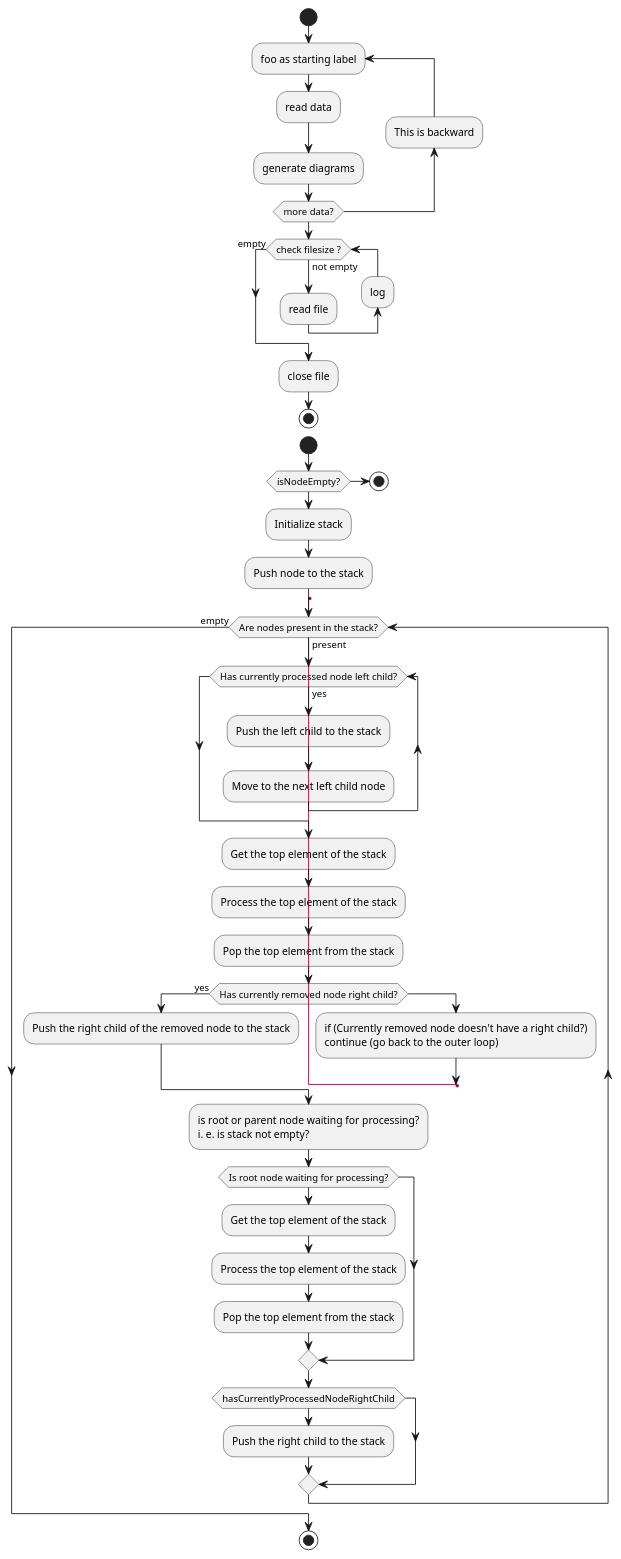
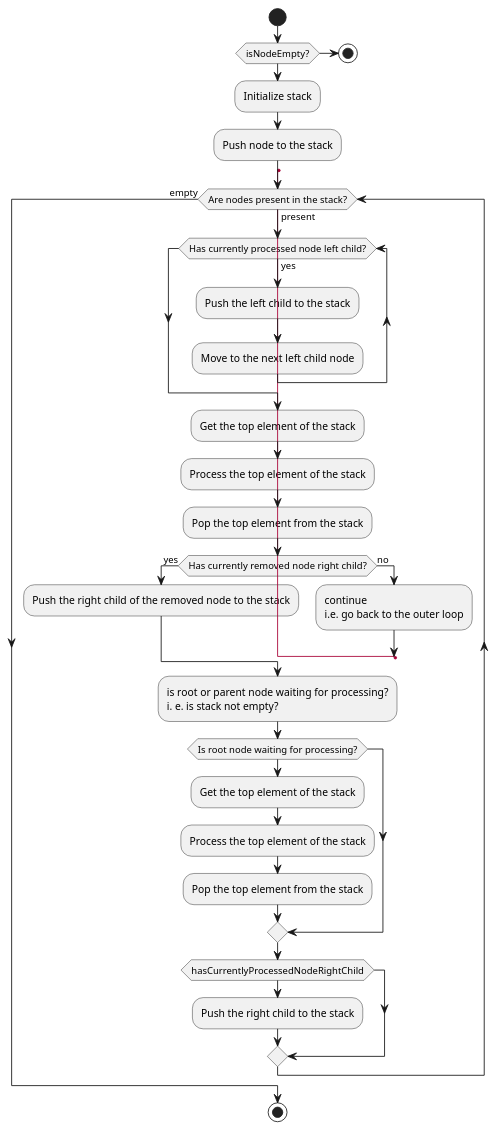
One commit to kyberdrb/CLionProjects changed the diagram in binary_search_tree/bst-inorder_traversal-iterative.puml. Above: the diagram before and after it, drawn with PlantUML.

Commit message:
Binary Search Tree: clean up activity diagram for in-order traversal

```diff
--- a/binary_search_tree/bst-inorder_traversal-iterative.puml
+++ b/binary_search_tree/bst-inorder_traversal-iterative.puml
@@ -1,86 +1,42 @@
 @startuml
 'https://plantuml.com/activity-diagram-beta
-
-
-start
-repeat :foo as starting label;
-  :read data;
-  :generate diagrams;
-backward:This is backward;
-repeat while (more data?)
-
-while (check filesize ?) is (not empty)
-  :read file;
-  backward:log;
-endwhile (empty)
-:close file;
-
-stop
 
 start
 if (isNodeEmpty?) then
   stop
 else
   :Initialize stack;
   :Push node to the stack;
 
   label outerLoop
-  'while (Are nodes present in the stack?)
-  'repeat
   while (Are nodes present in the stack?) is (present)
-  'repeat :inlineOuterLoopLabel;
-    'label outerLoop
     while (Has currently processed node left child?) is (yes)
       :Push the left child to the stack;
       :Move to the next left child node;
     end while
 
     :Get the top element of the stack;
     :Process the top element of the stack;
     :Pop the top element from the stack;
 
     if (Has currently removed node right child?) then (yes)
       :Push the right child of the removed node to the stack;
-      ':continue\n(go back to the outer loop);
-      ':continue;
-      '-->[left] continue;
-      ':continue;
-      ':continue loop
-      'goto outerLoop;
-      'backward:return;
-      'backward:continue;
-      'backward:log;
-      'goto outerLoop
-    else
-      :if (Currently removed node doesn't have a right child?)\ncontinue (go back to the outer loop);
+    else (no)
+      :continue\ni.e. go back to the outer loop;
       goto outerLoop
-
-      'goto continueFromOuterLoop
-      'goto inlineOuterLoopLabel
-      'goto foo
-      'goto backwardOuterLoopAfter
     endif
-
-    'backward:if (Currently removed node doesn't have a right child?)\ncontinue (go back to the outer loop);
-    'label backwardOuterLoopAfter
 
     :is root or parent node waiting for processing?\ni. e. is stack not empty?;
     if (Is root node waiting for processing?)
       :Get the top element of the stack;
       :Process the top element of the stack;
       :Pop the top element from the stack;
     endif
 
     if (hasCurrentlyProcessedNodeRightChild)
         :Push the right child to the stack;
     endif
-
-    ':continue\n(go back to the outer loop);
-    'label foo
-    ':continue;
-  'end while
-  'repeat while (Are nodes present in the stack?)
   endwhile (empty)
 stop
 
 @enduml
```
